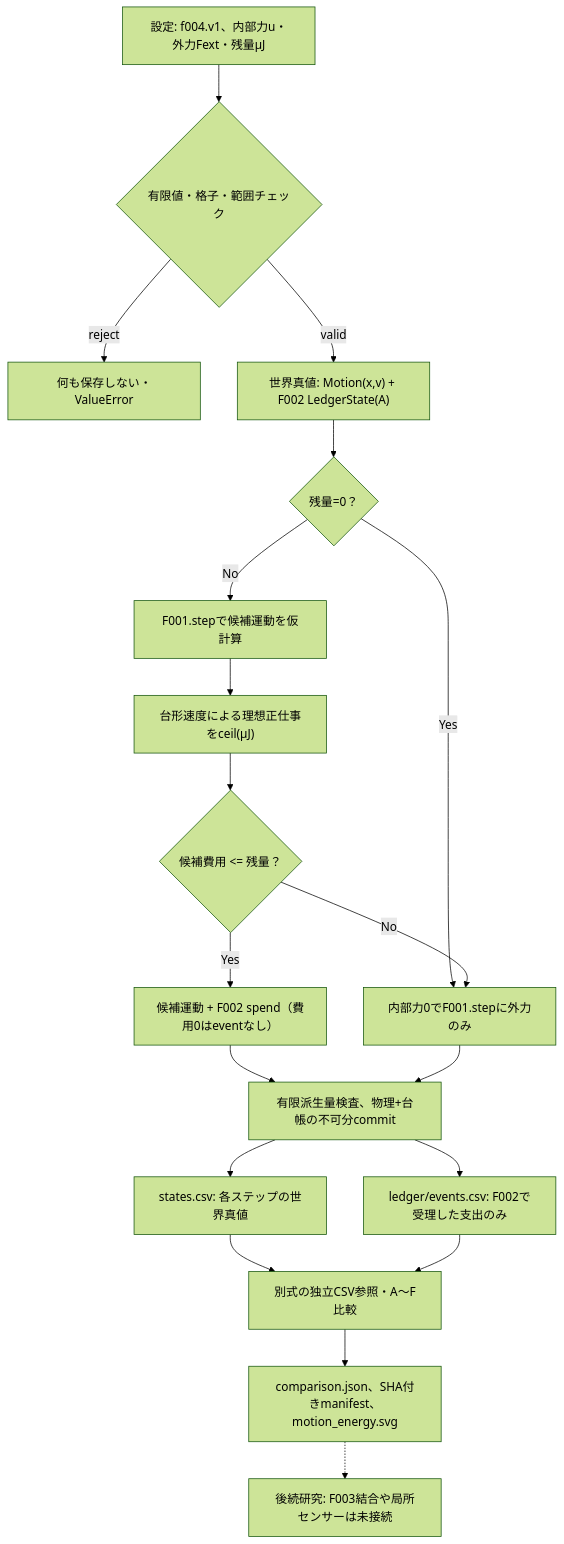
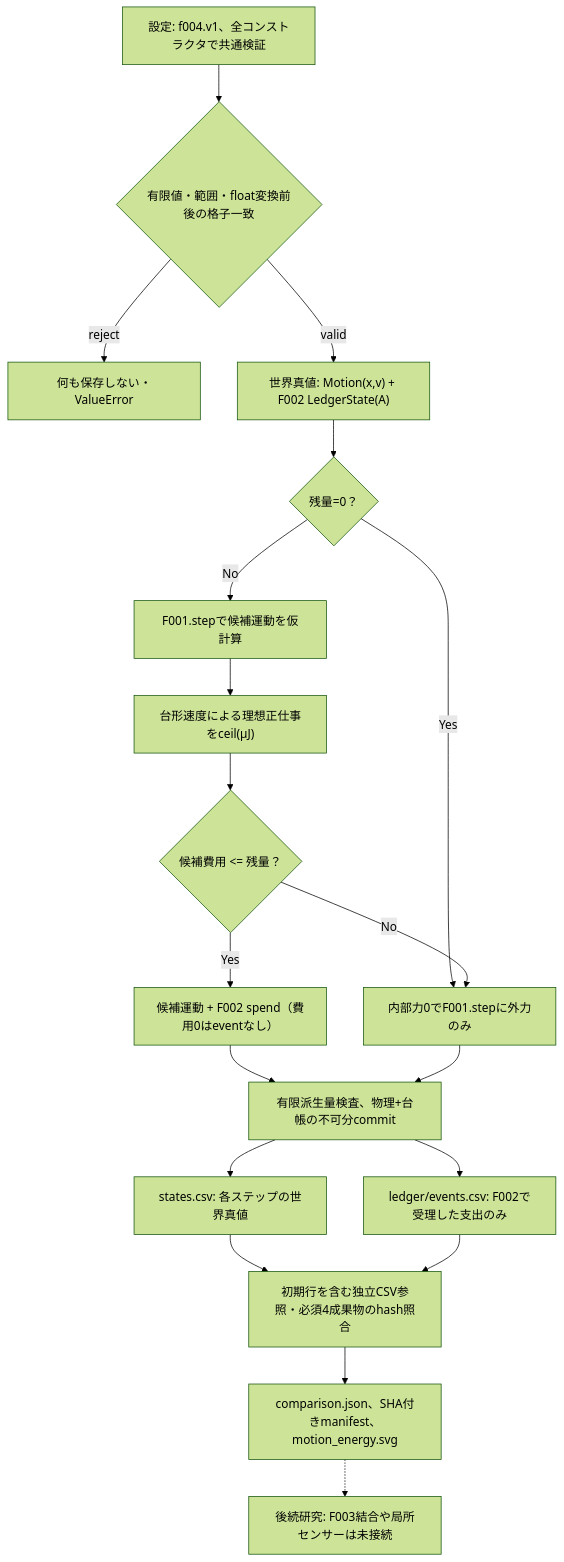
One commit to ryonakayama234/SOMA-Synthetic-Organism-Morphogenesis-Arena changed diagram 11 of 11 in docs/ARCHITECTURE.md. Above: the diagram before and after it, drawn with Mermaid (forest theme). The commit also changed other lines of this file and 8 other files, not shown here.

```diff
--- a/docs/ARCHITECTURE.md
+++ b/docs/ARCHITECTURE.md
@@ -251,21 +251,21 @@
 ~~~mermaid
 flowchart TD
- C["設定: f004.v1、内部力u・外力Fext・残量µJ"] --> V{"有限値・格子・範囲チェック"}
+ C["設定: f004.v1、全コンストラクタで共通検証"] --> V{"有限値・範囲・float変換前後の格子一致"}
  V -->|reject| X["何も保存しない・ValueError"]
  V -->|valid| W["世界真値: Motion(x,v) + F002 LedgerState(A)"]
  W --> B{"残量=0？"}
  B -->|Yes| Z["内部力0でF001.stepに外力のみ"]
  B -->|No| T["F001.stepで候補運動を仮計算"]
  T --> E["台形速度による理想正仕事をceil(µJ)"]
  E --> G{"候補費用 <= 残量？"}
  G -->|Yes| Y["候補運動 + F002 spend（費用0はeventなし）"]
  G -->|No| Z
  Y --> A["有限派生量検査、物理+台帳の不可分commit"]
  Z --> A
  A --> S["states.csv: 各ステップの世界真値"]
  A --> L["ledger/events.csv: F002で受理した支出のみ"]
- S --> O["別式の独立CSV参照・A〜F比較"]
+ S --> O["初期行を含む独立CSV参照・必須4成果物のhash照合"]
  L --> O
  O --> M["comparison.json、SHA付きmanifest、motion_energy.svg"]
  M -.-> N["後続研究: F003結合や局所センサーは未接続"]
 ~~~
```
